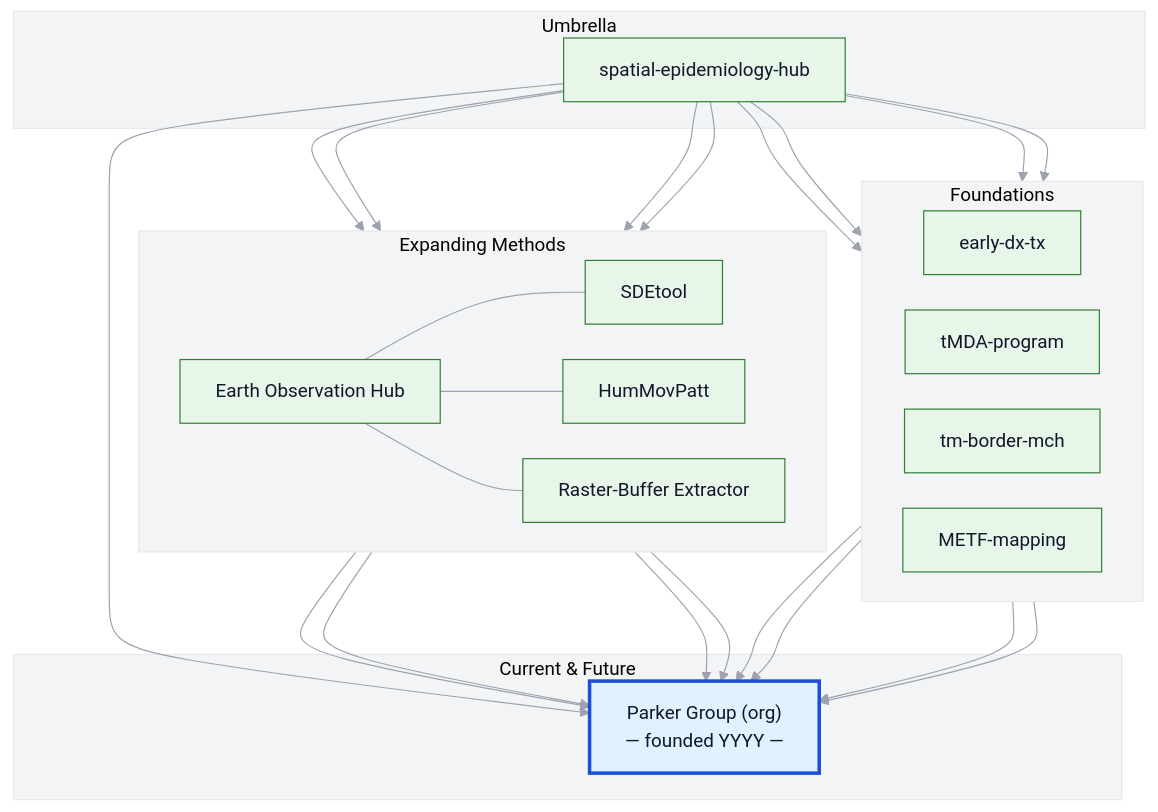
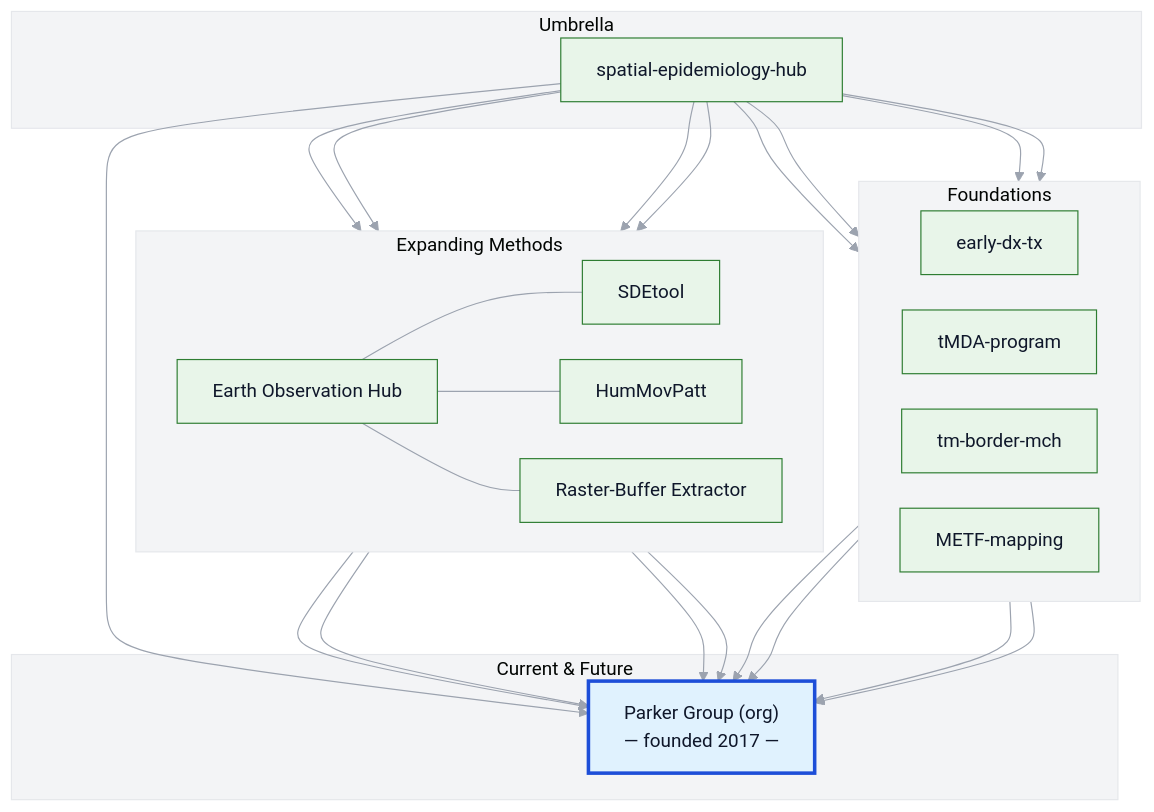
One commit to DMParker1/spatial-epidemiology-hub changed the diagram in README.md. Above: the diagram before and after it, drawn with Mermaid.

````diff
--- a/README.md
+++ b/README.md
@@ -40,58 +40,58 @@
 ```mermaid
 %%{init: {"theme":"base","themeVariables":{
   "background":"#FAFAFA","clusterBkg":"#F3F4F6","clusterBorder":"#E5E7EB",
   "primaryColor":"#E8F5E9","primaryBorderColor":"#2E7D32",
   "primaryTextColor":"#0F172A","lineColor":"#9CA3AF"
 }, "flowchart":{"rankSpacing":45,"nodeSpacing":30}}}%%
 flowchart TB
   subgraph A[Foundations]
     direction LR
     EDT["early-dx-tx"]
     tMDA["tMDA-program"]
     MCH["tm-border-mch"]
     METF["METF-mapping"]
   end
   subgraph B[Expanding Methods]
     direction LR
     EO["Earth Observation Hub"]
     SDE["SDEtool"]
     HUM["HumMovPatt"]
     RBE["Raster-Buffer Extractor"]
   end
   subgraph C[Umbrella]
     GIS["spatial-epidemiology-hub"]
   end
   subgraph D[Current & Future]
-    PG["Parker Group (org)\n— founded YYYY —"]:::pg
+    PG["Parker Group (org)\n— founded 2017 —"]:::pg
   end
 
   %% Umbrella (solid, present)
   GIS --> EDT
   GIS --> tMDA
   GIS --> MCH
   GIS --> METF
   GIS --> EO
   GIS --> SDE
   GIS --> HUM
   GIS --> RBE
   GIS --> PG
 
   %% Current method interplay (solid, present)
   EO --- SDE
   EO --- HUM
   EO --- RBE
 
   %% Present convergence to Parker Group (solid)
   EO --> PG
   SDE --> PG
   HUM --> PG
   RBE --> PG
   METF --> PG
   tMDA --> PG
   EDT --> PG
   MCH --> PG
 
   %% Highlight Parker Group node
   classDef pg fill:#E0F2FE,stroke:#1D4ED8,stroke-width:3px;
 
 ```
````
